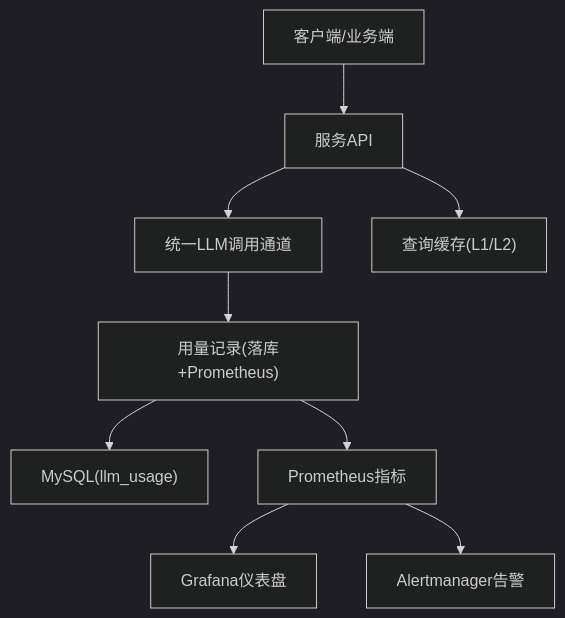
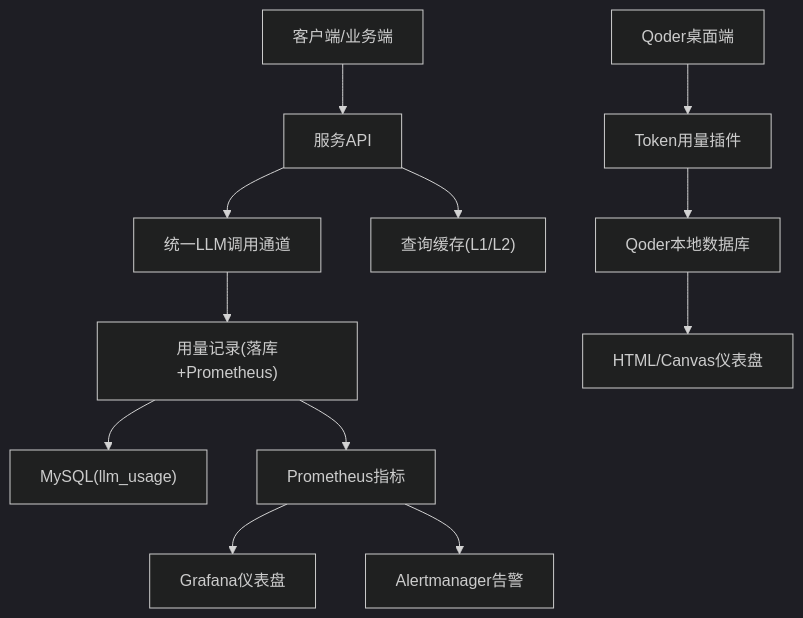
The first of 8 diagrams in .qoder/repowiki/zh/content/AI与LLM集成/性能监控与成本优化.md (dgjin/smart-data-analytics), drawn with Mermaid (dark theme) before and after one commit. The commit also changed other lines of this file and 146 other files, not shown here.

````diff
--- a/.qoder/repowiki/zh/content/AI与LLM集成/性能监控与成本优化.md
+++ b/.qoder/repowiki/zh/content/AI与LLM集成/性能监控与成本优化.md
@@ -46,11 +59,14 @@
 ```mermaid
 graph TB
 Client["客户端/业务端"] --> API["服务API"]
 API --> LLM["统一LLM调用通道"]
 LLM --> Usage["用量记录(落库+Prometheus)"]
 API --> Cache["查询缓存(L1/L2)"]
 Usage --> DB["MySQL(llm_usage)"]
 Usage --> PM["Prometheus指标"]
+Desktop["Qoder桌面端"] --> Plugin["Token用量插件"]
+Plugin --> LocalDB["Qoder本地数据库"]
 PM --> Grafana["Grafana仪表盘"]
 PM --> Alert["Alertmanager告警"]
+LocalDB --> Dashboard["HTML/Canvas仪表盘"]
 ```
````
